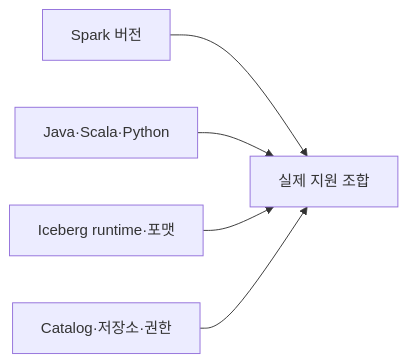
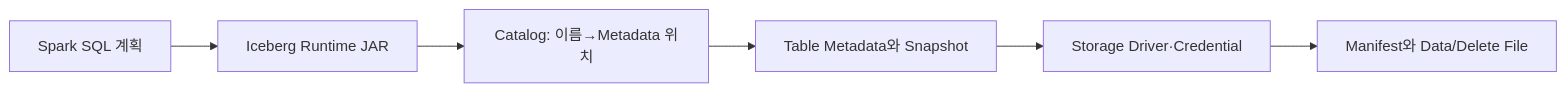
One commit to mj006648/netai-devsecops-runbook changed the diagram in learning/apache-spark/13-versions-and-migration.md. Above: the diagram before and after it, drawn with Mermaid. The commit also changed other lines of this file and 68 other files, not shown here.

````diff
--- a/learning/apache-spark/13-versions-and-migration.md
+++ b/learning/apache-spark/13-versions-and-migration.md
@@ -92,7 +135,8 @@
-```mermaid
+~~~mermaid
 flowchart LR
-    S["Spark 버전"] --> C["실제 지원 조합"]
-    J["Java·Scala·Python"] --> C
-    I["Iceberg runtime·포맷"] --> C
-    K["Catalog·저장소·권한"] --> C
-```
+    A["Spark SQL 계획"] --> B["Iceberg Runtime JAR"]
+    B --> C["Catalog: 이름→Metadata 위치"]
+    C --> D["Table Metadata와 Snapshot"]
+    D --> E["Storage Driver·Credential"]
+    E --> F["Manifest와 Data/Delete File"]
+~~~
````
